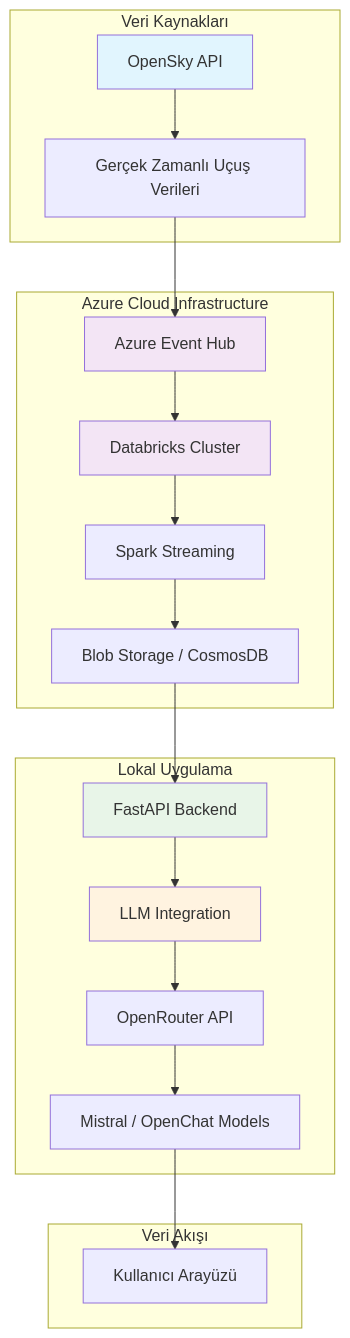
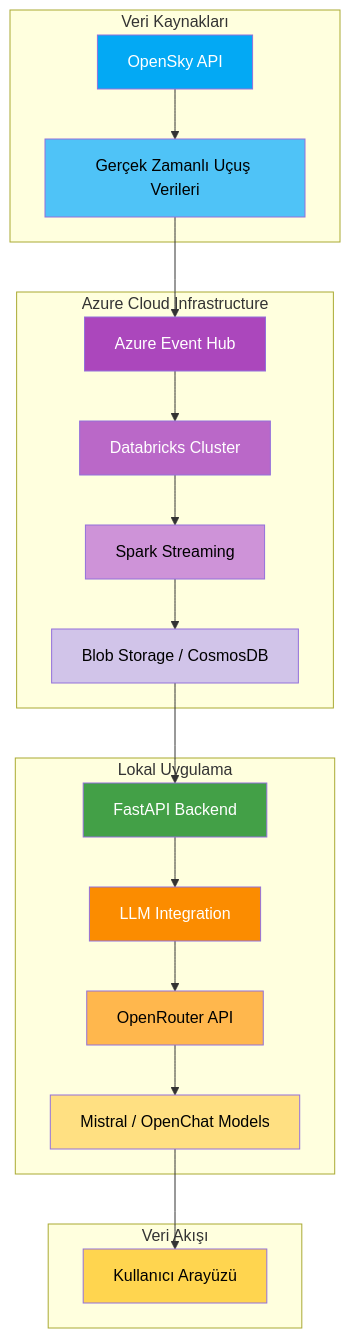
Before and after one commit to CanKumet/AzureFlightAI-Gercek-Zamanli-Ucus-Verisi-Asistani-: the diagram in Readme.md, drawn with Mermaid.

````diff
--- a/Readme.md
+++ b/Readme.md
@@ -7,30 +7,37 @@
 ```mermaid
 graph TB
     subgraph "Veri Kaynakları"
         A[OpenSky API] --> B[Gerçek Zamanlı Uçuş Verileri]
     end
     
     subgraph "Azure Cloud Infrastructure"
         C[Azure Event Hub] --> D[Databricks Cluster]
         D --> E[Spark Streaming]
         E --> F[Blob Storage / CosmosDB]
     end
     
     subgraph "Lokal Uygulama"
         G[FastAPI Backend] --> H[LLM Integration]
         H --> I[OpenRouter API]
         I --> J[Mistral / OpenChat Models]
     end
     
     subgraph "Veri Akışı"
         B --> C
         F --> G
         J --> K[Kullanıcı Arayüzü]
     end
-    
-    style A fill:#e1f5fe
-    style C fill:#f3e5f5
-    style D fill:#f3e5f5
-    style G fill:#e8f5e8
-    style H fill:#fff3e0
+
+    %% 🔷 Renk stilleri (daha canlı)
+    style A fill:#03a9f4,color:#fff,fontWeight:bold
+    style B fill:#4fc3f7,color:#000
+    style C fill:#ab47bc,color:#fff,fontWeight:bold
+    style D fill:#ba68c8,color:#fff
+    style E fill:#ce93d8,color:#000
+    style F fill:#d1c4e9,color:#000
+    style G fill:#43a047,color:#fff,fontWeight:bold
+    style H fill:#fb8c00,color:#fff,fontWeight:bold
+    style I fill:#ffb74d,color:#000
+    style J fill:#ffe082,color:#000
+    style K fill:#ffd54f,color:#000
 ```
````
